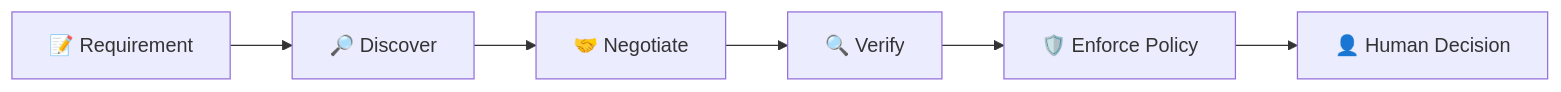
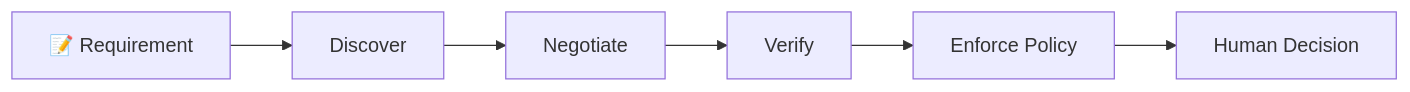
The first of 5 diagrams in README.md (maha-rk/pact), drawn with Mermaid before and after one commit. The commit also changed other lines of this file, not shown here.

````diff
--- a/README.md
+++ b/README.md
@@ -48,8 +48,8 @@
 ```mermaid
 flowchart LR
-    A["📝 Requirement"] --> B["🔎 Discover"]
-    B --> C["🤝 Negotiate"]
-    C --> D["🔍 Verify"]
-    D --> E["🛡️ Enforce Policy"]
-    E --> F["👤 Human Decision"]
+    A["📝 Requirement"] --> B["Discover"]
+    B --> C["Negotiate"]
+    C --> D["Verify"]
+    D --> E["Enforce Policy"]
+    E --> F["Human Decision"]
 ```
````
